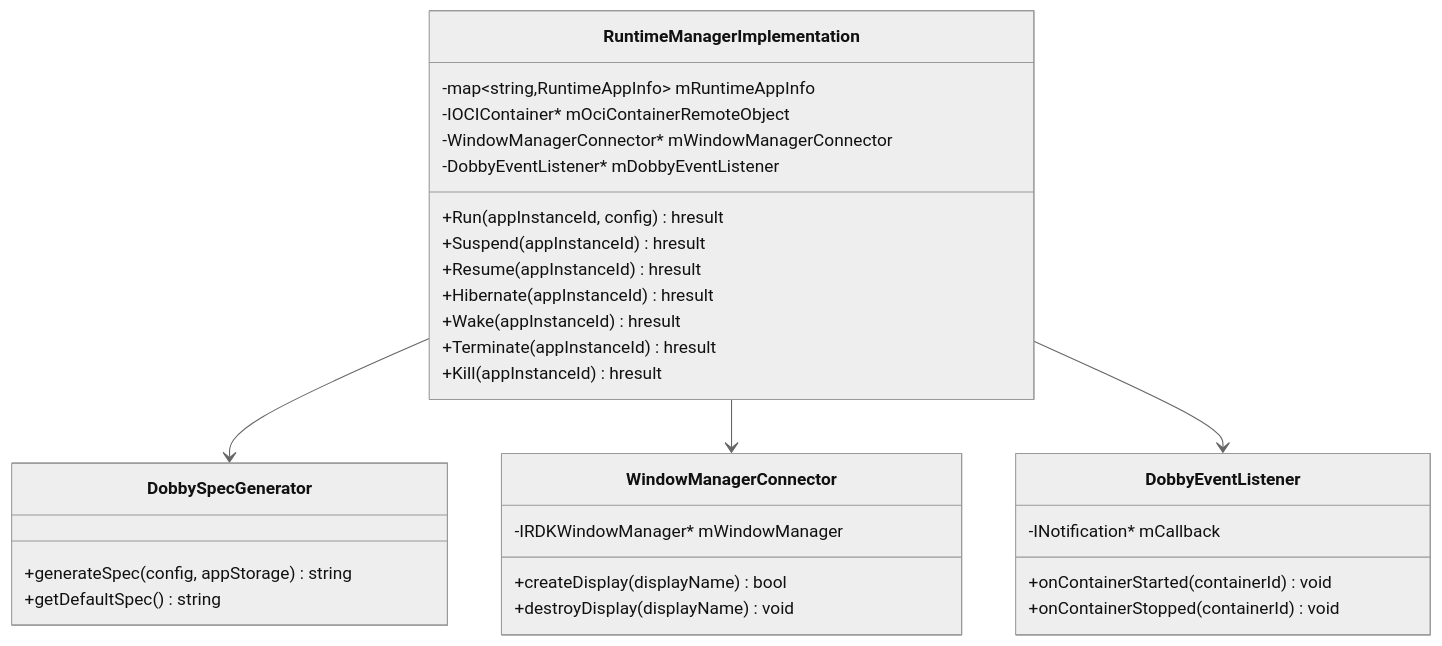
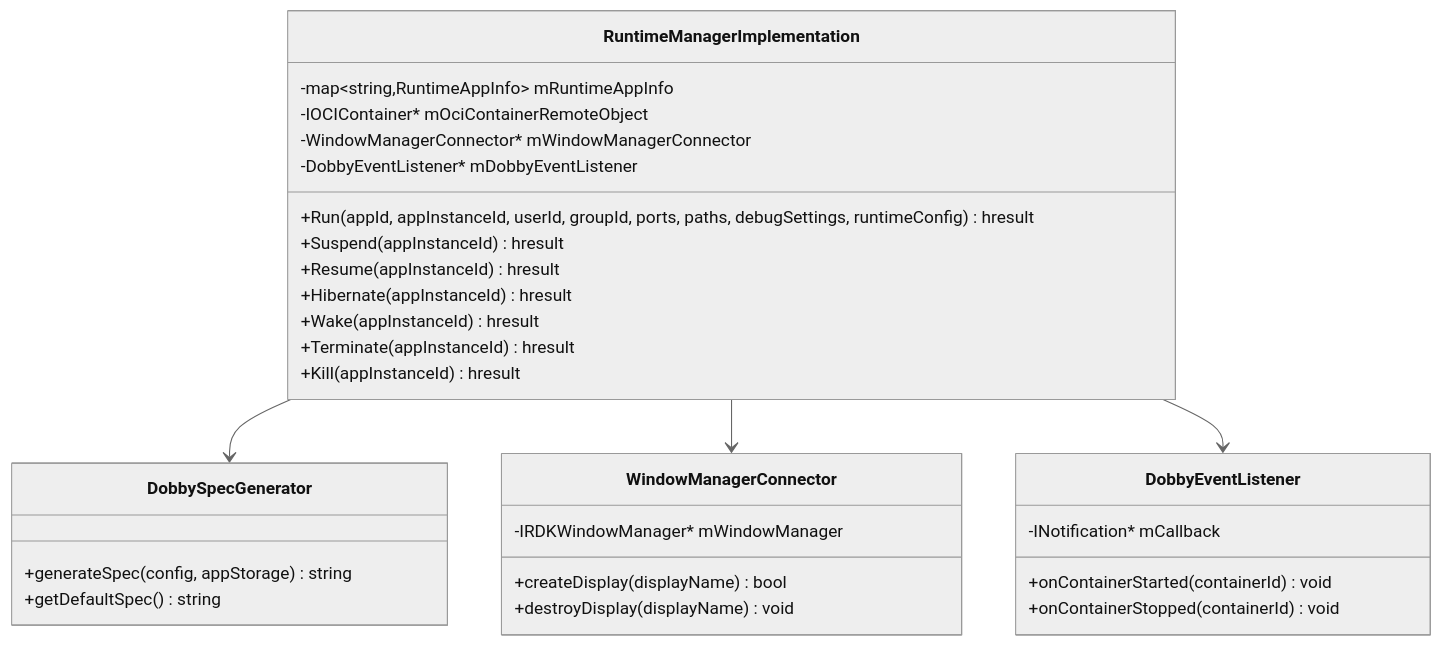
Before and after one commit to rdkcentral/entservices-appmanagers: the second of 5 diagrams in RuntimeManager/RuntimeManager.md, drawn with Mermaid (neutral theme).

Commit message:
Potential fix for pull request finding

````diff
--- a/RuntimeManager/RuntimeManager.md
+++ b/RuntimeManager/RuntimeManager.md
@@ -64,37 +64,37 @@
 ```mermaid
 classDiagram
     class RuntimeManagerImplementation {
         -map~string,RuntimeAppInfo~ mRuntimeAppInfo
         -IOCIContainer* mOciContainerRemoteObject
         -WindowManagerConnector* mWindowManagerConnector
         -DobbyEventListener* mDobbyEventListener
-        +Run(appInstanceId, config) hresult
+        +Run(appId, appInstanceId, userId, groupId, ports, paths, debugSettings, runtimeConfig) hresult
         +Suspend(appInstanceId) hresult
         +Resume(appInstanceId) hresult
         +Hibernate(appInstanceId) hresult
         +Wake(appInstanceId) hresult
         +Terminate(appInstanceId) hresult
         +Kill(appInstanceId) hresult
     }
 
     class DobbySpecGenerator {
         +generateSpec(config, appStorage) string
         +getDefaultSpec() string
     }
 
     class WindowManagerConnector {
         -IRDKWindowManager* mWindowManager
         +createDisplay(displayName) bool
         +destroyDisplay(displayName) void
     }
 
     class DobbyEventListener {
         -INotification* mCallback
         +onContainerStarted(containerId) void
         +onContainerStopped(containerId) void
     }
 
     RuntimeManagerImplementation --> DobbySpecGenerator
     RuntimeManagerImplementation --> WindowManagerConnector
     RuntimeManagerImplementation --> DobbyEventListener
 ```
````
